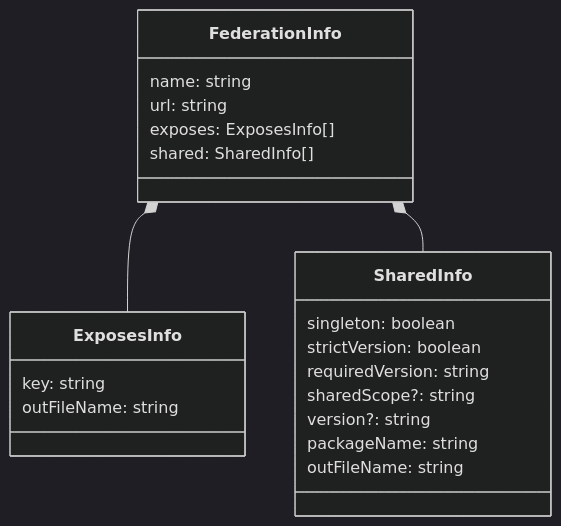
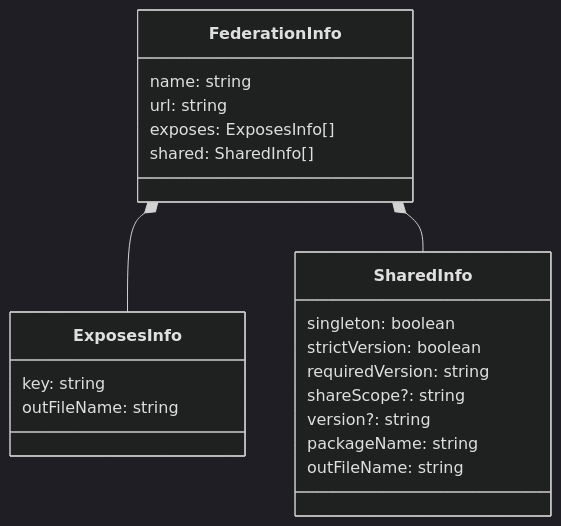
The third of 5 diagrams in docs/architecture.md (topicusonderwijs/vanilla-native-federation), drawn with Mermaid (dark theme) before and after one commit. The commit also changed other lines of this file and 15 other files, not shown here.

Commit message:
fix: renamed sharedScope to shareScope

````diff
--- a/docs/architecture.md
+++ b/docs/architecture.md
@@ -147,25 +151,25 @@
 ```mermaid
 classDiagram
     FederationInfo *-- ExposesInfo
     FederationInfo *-- SharedInfo
 
     class FederationInfo {
         name: string
         url: string
         exposes: ExposesInfo[]
         shared: SharedInfo[]
     }
     class ExposesInfo{
         key: string
         outFileName: string
     }
     class SharedInfo{
         singleton: boolean
         strictVersion: boolean
         requiredVersion: string
-        sharedScope?: string
+        shareScope?: string
         version?: string
         packageName: string
         outFileName: string
     }
 ```
````
